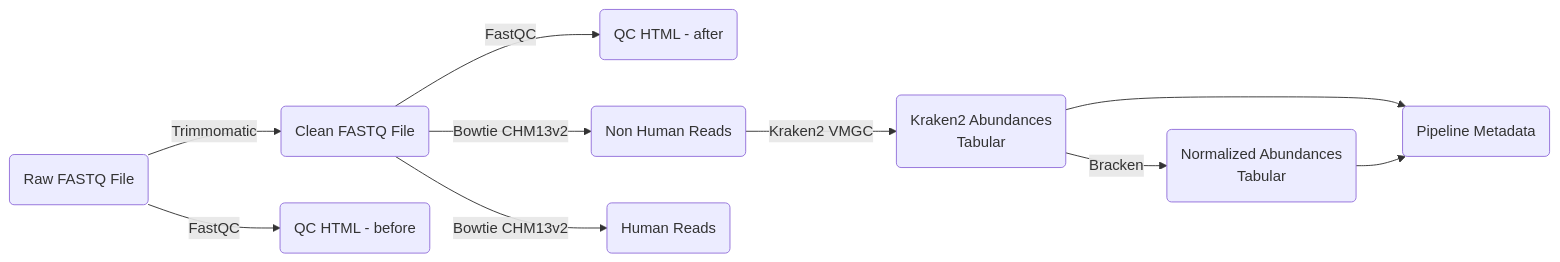
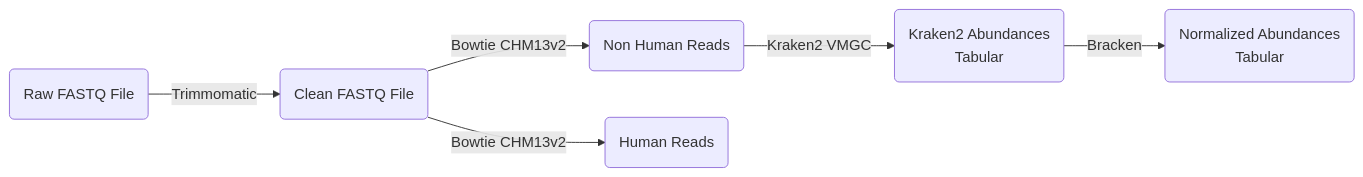
One commit to PhenoAI/pheno-docs changed the diagram in markdowns-expanded/030-vaginal_microbiome/030-vaginal_microbiome.md. Above: the diagram before and after it, drawn with Mermaid. The commit also changed other lines of this file, not shown here.

Commit message:
Refactored the mermaid diagram in the vaginal microbiome documentation for clarity and updated the relevant links section with additional resources.

````diff
--- a/markdowns-expanded/030-vaginal_microbiome/030-vaginal_microbiome.md
+++ b/markdowns-expanded/030-vaginal_microbiome/030-vaginal_microbiome.md
@@ -35,12 +36,8 @@
-```{mermaid}
+```mermaid
 graph LR;
     A(Raw FASTQ File) --> |Trimmomatic| B(Clean FASTQ File)
-    A --> |FastQC| C(QC HTML - before)
-    B --> |FastQC| D(QC HTML - after)
-    B --> |Bowtie CHM13v2| E(Non Human Reads)
-    B --> |Bowtie CHM13v2| F(Human Reads)
-    E --> |Kraken2 VMGC| G(Kraken2 Abundances<br>Tabular)
-    G --> |Bracken| H(Normalized Abundances<br>Tabular)
-    G --> I(Pipeline Metadata)
-    H --> I
+    B --> |Bowtie CHM13v2| C(Non Human Reads)
+    B --> |Bowtie CHM13v2| D(Human Reads)
+    C --> |Kraken2 VMGC| E(Kraken2 Abundances<br>Tabular)
+    E --> |Bracken| F(Normalized Abundances<br>Tabular)
 ```
````
